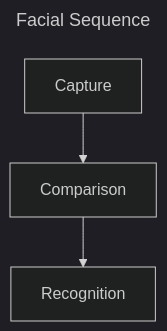
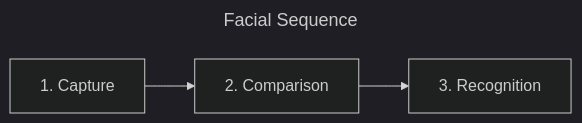
One commit to Cnasty07/FacialAttendance25 changed the first of 3 diagrams in src/components/README.md. Above: the diagram before and after it, drawn with Mermaid (dark theme). The commit also changed other lines of this file and 5 other files, not shown here.

````diff
--- a/src/components/README.md
+++ b/src/components/README.md
@@ -8,11 +7,11 @@
 ```mermaid
 ---
 title: Facial Sequence
 ---
-flowchart TD
-    Capture
-    Comparison
-    Recognition
+flowchart LR
+    Capture["1. Capture"]
+    Comparison["2. Comparison"]
+    Recognition["3. Recognition"]
 
     Capture --> Comparison --> Recognition;
 ```
````
